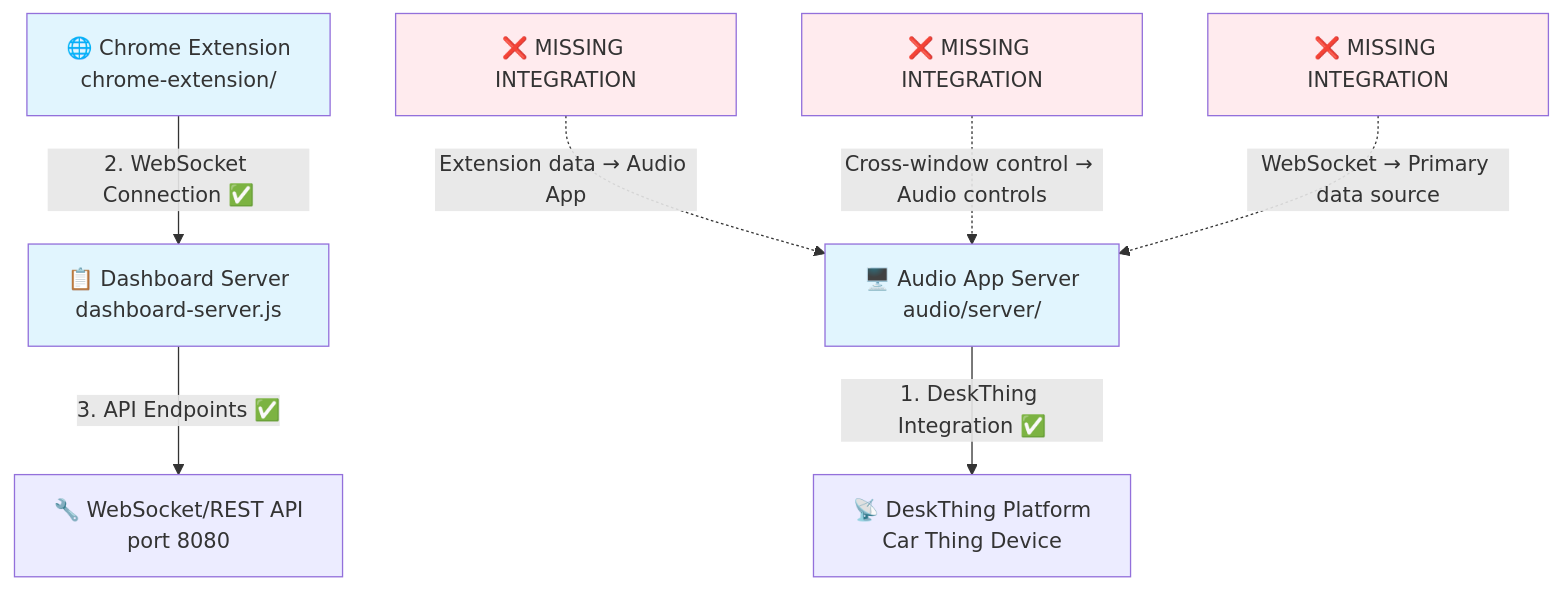
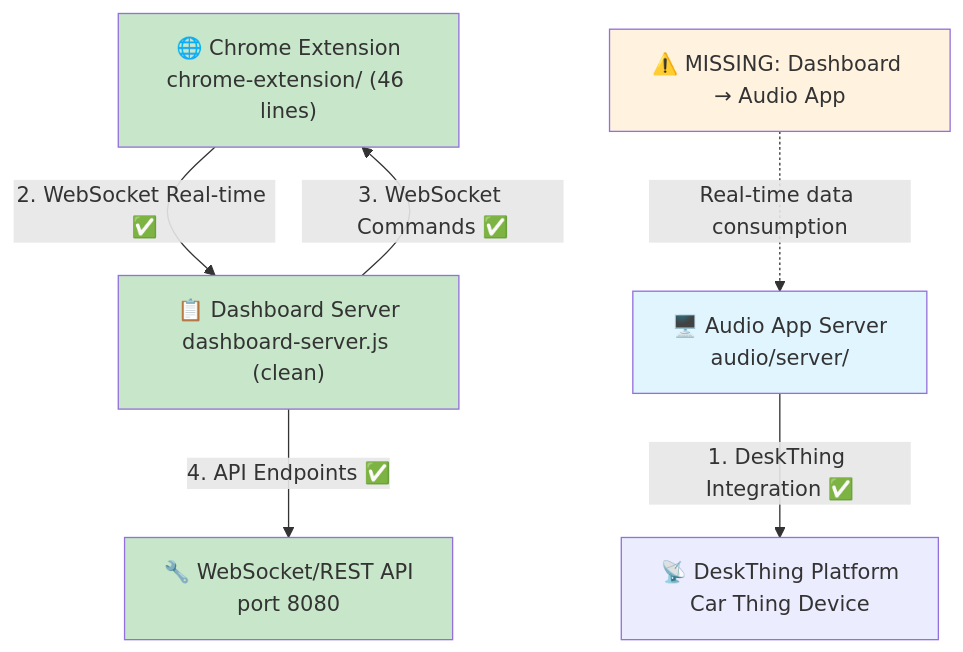
One commit to ItsRiprod/Deskthing-Apps changed the first of 3 diagrams in ARCHITECTURE.md. Above: the diagram before and after it, drawn with Mermaid. The commit also changed other lines of this file and 6 other files, not shown here.

Commit message:
Refactor background script and remove dead polling endpoints for cross-window control

````diff
--- a/ARCHITECTURE.md
+++ b/ARCHITECTURE.md
@@ -9,17 +9,15 @@
 ```mermaid
 graph TD
     A["🖥️ Audio App Server<br/>audio/server/"] -->|"1. DeskThing Integration ✅"| B["📡 DeskThing Platform<br/>Car Thing Device"]
-    C["🌐 Chrome Extension<br/>chrome-extension/"] -->|"2. WebSocket Connection ✅"| D["📋 Dashboard Server<br/>dashboard-server.js"]
-    D -->|"3. API Endpoints ✅"| E["🔧 WebSocket/REST API<br/>port 8080"]
+    C["🌐 Chrome Extension<br/>chrome-extension/ (46 lines)"] -->|"2. WebSocket Real-time ✅"| D["📋 Dashboard Server<br/>dashboard-server.js (clean)"]
+    D -->|"3. WebSocket Commands ✅"| C
+    D -->|"4. API Endpoints ✅"| E["🔧 WebSocket/REST API<br/>port 8080"]
     
-    F["❌ MISSING INTEGRATION"] -.->|"Extension data → Audio App"| A
-    G["❌ MISSING INTEGRATION"] -.->|"Cross-window control → Audio controls"| A
-    H["❌ MISSING INTEGRATION"] -.->|"WebSocket → Primary data source"| A
+    F["⚠️ MISSING: Dashboard → Audio App"] -.->|"Real-time data consumption"| A
     
     style A fill:#e1f5fe
-    style C fill:#e1f5fe
-    style D fill:#e1f5fe
-    style F fill:#ffebee
-    style G fill:#ffebee
-    style H fill:#ffebee
+    style C fill:#c8e6c9
+    style D fill:#c8e6c9
+    style E fill:#c8e6c9
+    style F fill:#fff3e0
 ```
````
